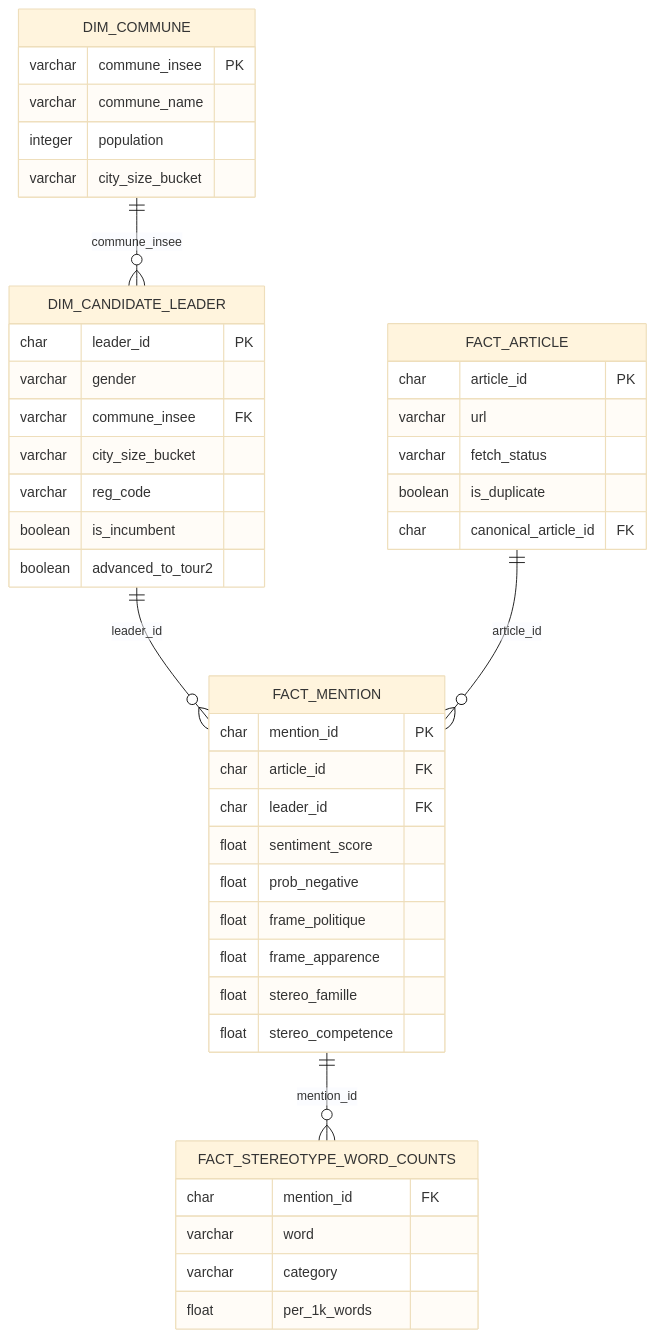
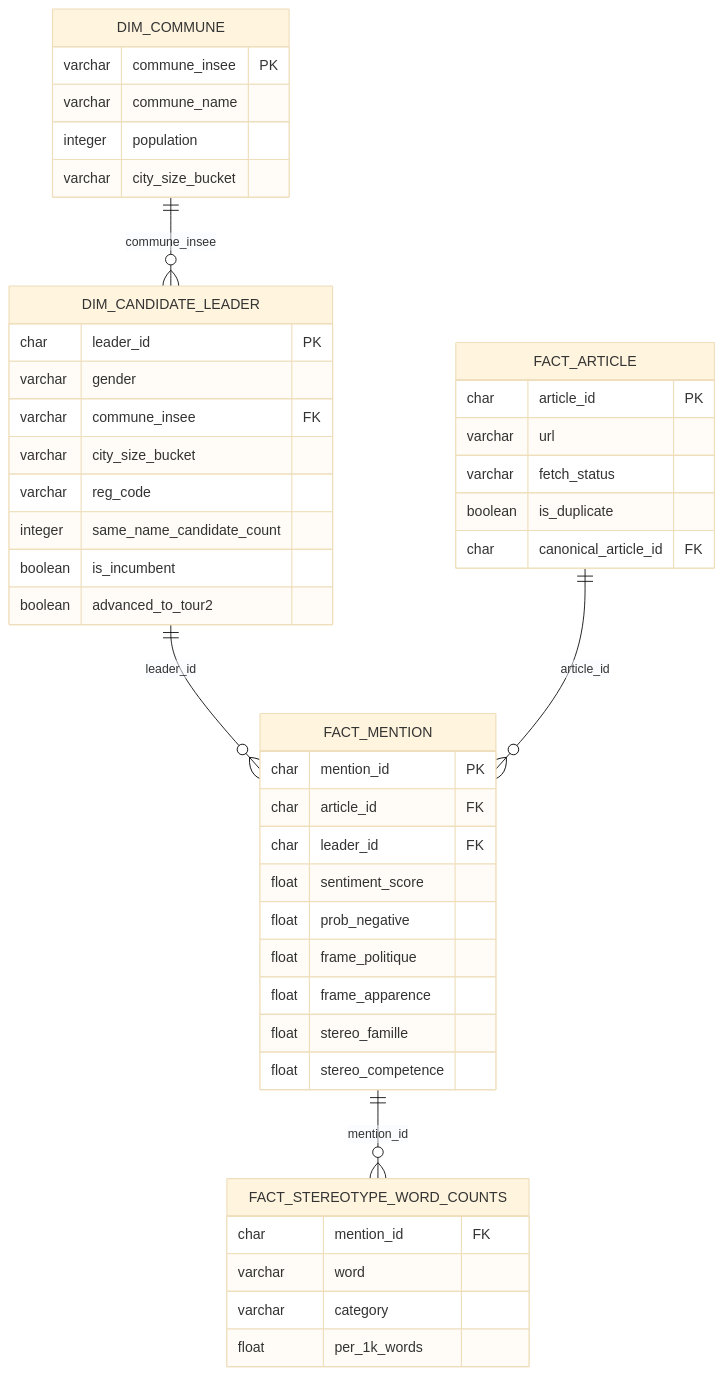
One commit to cchoooots98/election-gender-bias_D4W changed the second of 2 diagrams in README.md. Above: the diagram before and after it, drawn with Mermaid (base theme). The commit also changed other lines of this file and 25 other files, not shown here.

````diff
--- a/README.md
+++ b/README.md
@@ -154,51 +192,52 @@
 ```mermaid
 erDiagram
     DIM_COMMUNE {
         varchar commune_insee PK
         varchar commune_name
         integer population
         varchar city_size_bucket
     }
 
     DIM_CANDIDATE_LEADER {
         char    leader_id PK
         varchar gender
         varchar commune_insee FK
         varchar city_size_bucket
         varchar reg_code
+        integer same_name_candidate_count
         boolean is_incumbent
         boolean advanced_to_tour2
     }
 
     FACT_ARTICLE {
         char    article_id PK
         varchar url
         varchar fetch_status
         boolean is_duplicate
         char    canonical_article_id FK
     }
 
     FACT_MENTION {
         char  mention_id PK
         char  article_id FK
         char  leader_id FK
         float sentiment_score
         float prob_negative
         float frame_politique
         float frame_apparence
         float stereo_famille
         float stereo_competence
     }
 
     FACT_STEREOTYPE_WORD_COUNTS {
         char    mention_id FK
         varchar word
         varchar category
         float   per_1k_words
     }
 
     DIM_COMMUNE ||--o{ DIM_CANDIDATE_LEADER : "commune_insee"
     DIM_CANDIDATE_LEADER ||--o{ FACT_MENTION : "leader_id"
     FACT_ARTICLE ||--o{ FACT_MENTION : "article_id"
     FACT_MENTION ||--o{ FACT_STEREOTYPE_WORD_COUNTS : "mention_id"
 ```
````
